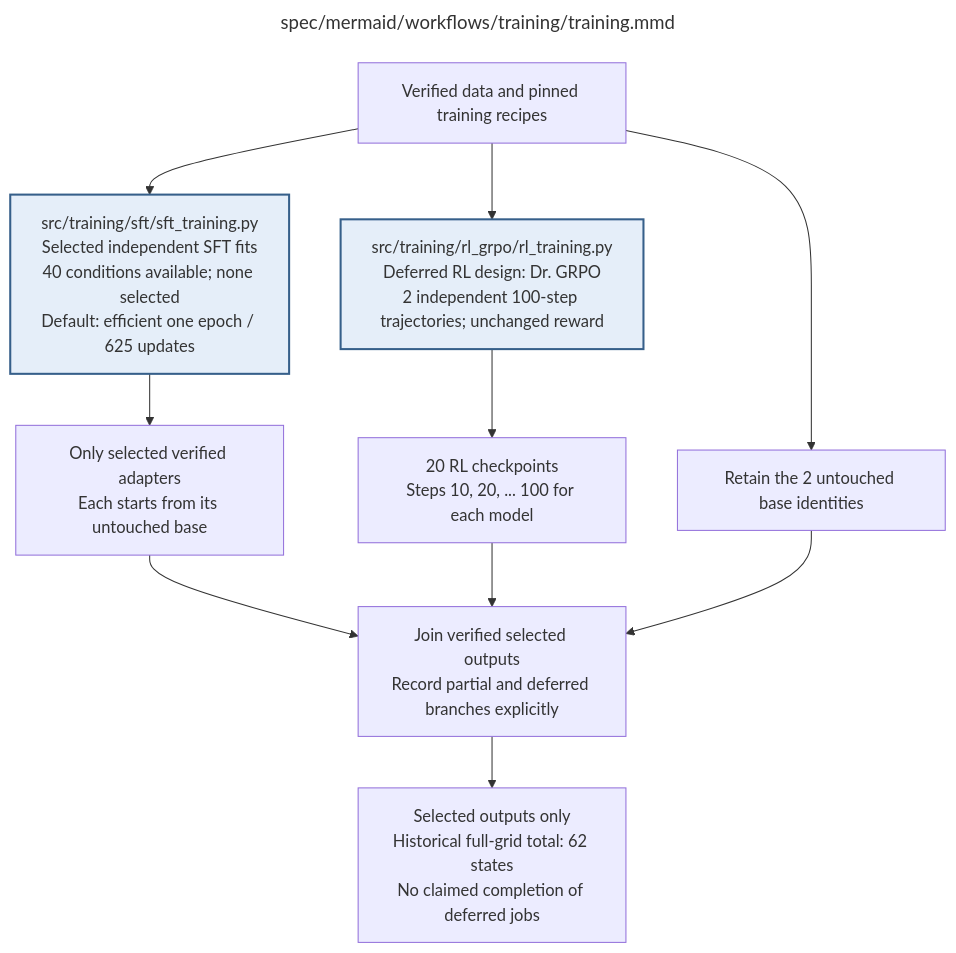
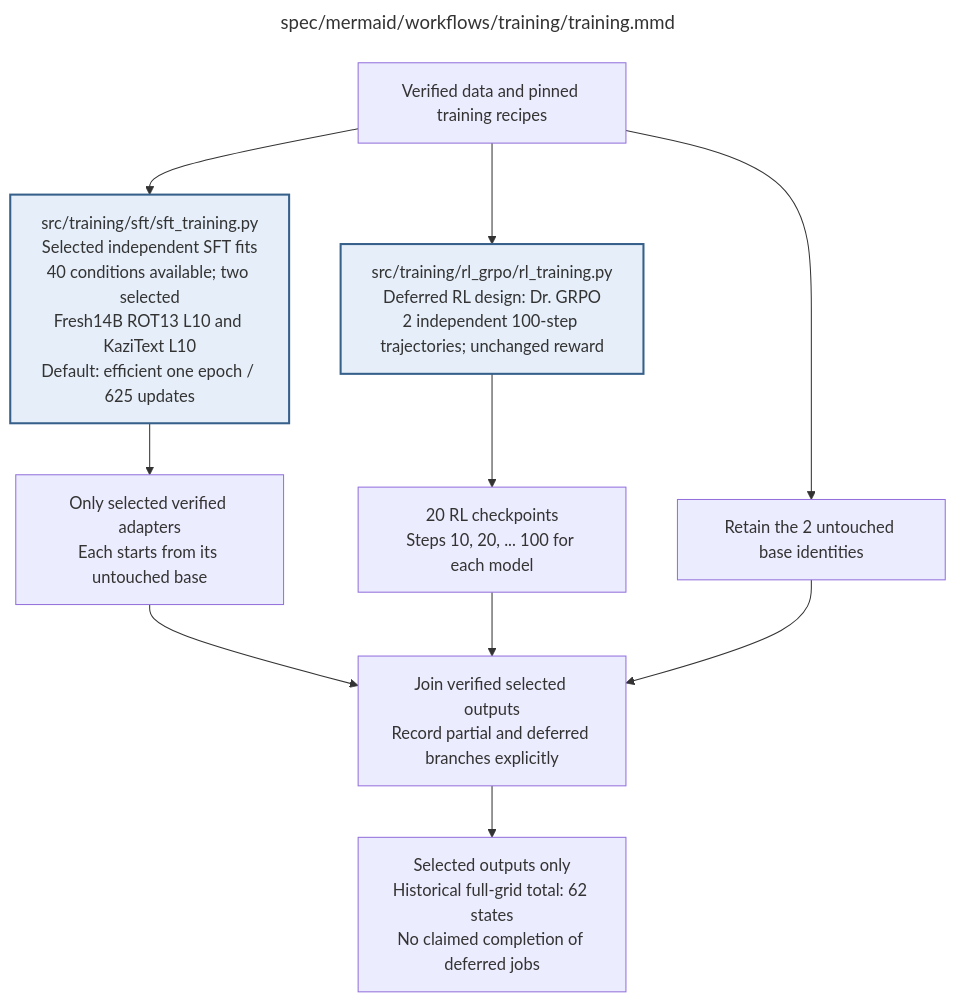
One commit to AJUNNYC/inducing_persistent_textual_chain_of_thought_illegibility changed the diagram in docs/modules/training/training.md. Above: the diagram before and after it, drawn with Mermaid. The commit also changed other lines of this file and 26 other files, not shown here.

Commit message:
Document the selected two-fit 14B level-10 experiment

````diff
--- a/docs/modules/training/training.md
+++ b/docs/modules/training/training.md
@@ -52,43 +52,43 @@
 ```mermaid
 ---
 title: "spec/mermaid/workflows/training/training.mmd"
 ---
 flowchart TD
 %% Training
 %% Active default: efficient_one_epoch_v1, per explicitly selected SFT condition.
 %% Published policy v2: request physical 2 x 8; capacity fallback 1 x 16, same effective 16.
 %% Actual batch/accumulation/recomputation mode stays fixed throughout each fit and exact resume.
-%% Forty conditions remain available; no model/family/level selected and all training PAUSED.
+%% Forty conditions remain available; select fresh14B ROT13 L10 and KaziText L10; PAUSED pending GPU access.
 %% Legacy full-grid62state accounting is preserved, not an active launch instruction.
 %% Edit quoted node labels directly; this is native Mermaid.
 %% Execution contract: known faults use bounded recovery; unclassified/persistent faults stop the worker.
 %% Frozen invalid inputs are fatal. Unrecoverable child failures propagate; never release incomplete results.
 %% RL uses the same fixed 800 questions and order for both sizes. Four rollouts form each GRPO group.
 %% Independent SFT family queues run on their own GPUs; RL model trajectories run sequentially.
 %% Exact-condition full checkpoints may resume a run; another level's adapter is never a warm start.
 %% No training-time reasoning ablations. Earlier valid outputs are preserved if a worker stops.
 %% RL uses GRPO with Dr. GRPO loss normalization and the fixed settings in rl_grpo/setup/rl_setup.mmd.
 %% The post-training GPT4o artifact audit does not change the Sonnet two-pass training reward.
 %% Child: SFT => sft/sft_training.mmd
 %% Child: RL => rl_grpo/rl_training.mmd
     INPUT["Verified data and pinned training recipes"]
-    SFT["src/training/sft/sft_training.py<br/>Selected independent SFT fits<br/>40 conditions available; none selected<br/>Default: efficient one epoch / 625 updates"]
+    SFT["src/training/sft/sft_training.py<br/>Selected independent SFT fits<br/>40 conditions available; two selected<br/>Fresh14B ROT13 L10 and KaziText L10<br/>Default: efficient one epoch / 625 updates"]
     SFTOUT["Only selected verified adapters<br/>Each starts from its untouched base"]
     RL["src/training/rl_grpo/rl_training.py<br/>Deferred RL design: Dr. GRPO<br/>2 independent 100-step trajectories; unchanged reward"]
     RLOUT["20 RL checkpoints<br/>Steps 10, 20, ... 100 for each model"]
     BASE["Retain the 2 untouched base identities"]
     WAIT["Join verified selected outputs<br/>Record partial and deferred branches explicitly"]
     OUT["Selected outputs only<br/>Historical full-grid total: 62 states<br/>No claimed completion of deferred jobs"]
     INPUT --> SFT --> SFTOUT --> WAIT
     INPUT --> RL --> RLOUT --> WAIT
     INPUT --> BASE --> WAIT
     WAIT --> OUT
     classDef detail fill:#e5eef9,stroke:#365f8a,stroke-width:2px
     class SFT,RL detail
 
 %% Repository module: src/training/training.py
 %% Module documentation: docs/modules/training/training.md
 %% Unit test: tests/unit/training/test_training.py
 %% Owner: coordinator
 %% Source sections: 2; C.2–C.3; E.1.1; E.2.2; H.7,H.9
 ```
````
